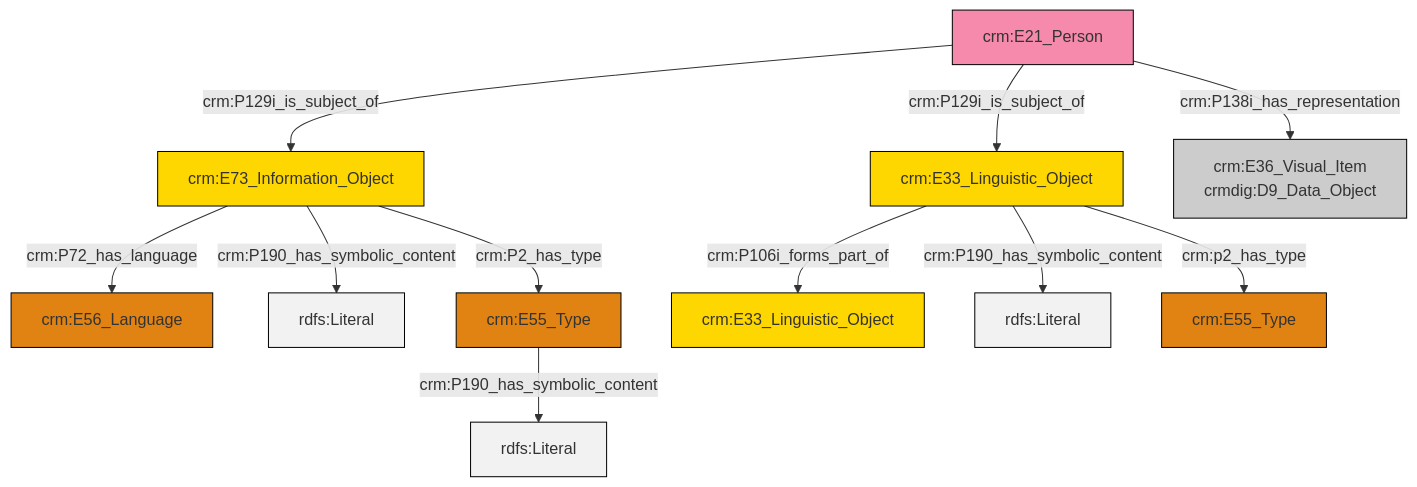
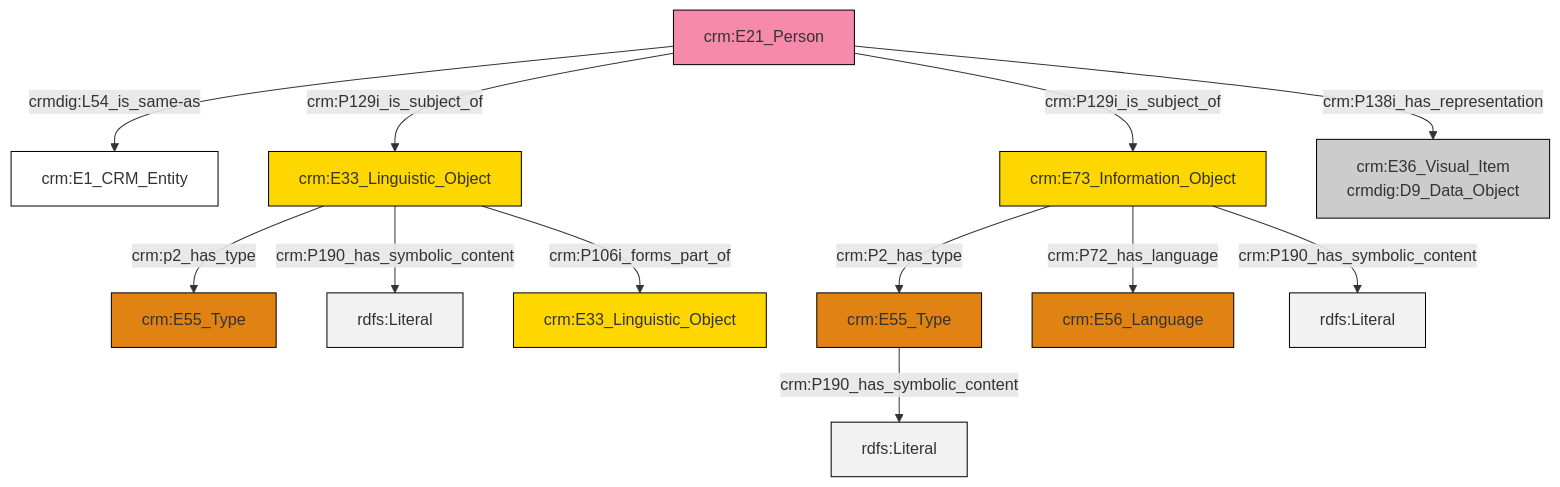
One commit to ncarboni/srdm changed the diagram in et/personCSV/ttl/mmd/Person_Documentation.ttl.mmd. Above: the diagram before and after it, drawn with Mermaid. The commit also changed 395 other files, not shown here.

```diff
--- a/et/personCSV/ttl/mmd/Person_Documentation.ttl.mmd
+++ b/et/personCSV/ttl/mmd/Person_Documentation.ttl.mmd
@@ -1,25 +1,26 @@
 graph TD
 classDef Literal fill:#f2f2f2,stroke:#000000;
 classDef CRM_Entity fill:#FFFFFF,stroke:#000000;
 classDef Temporal_Entity fill:#00C9E6, stroke:#000000;
 classDef Type fill:#E18312, stroke:#000000;
 classDef Time-Span fill:#2C9C91, stroke:#000000;
 classDef Appellation fill:#FFEB7F, stroke:#000000;
 classDef Place fill:#008836, stroke:#000000;
 classDef Persistent_Item fill:#B266B2, stroke:#000000;
 classDef Conceptual_Object fill:#FFD700, stroke:#000000;
 classDef Physical_Thing fill:#D2B48C, stroke:#000000;
 classDef Actor fill:#f58aad, stroke:#000000;
 classDef PC_Classes fill:#4ce600, stroke:#000000;
 classDef Multi fill:#cccccc,stroke:#000000;
 
-4["crm:E55_Type"]:::Type -->|crm:P190_has_symbolic_content| 5[rdfs:Literal]:::Literal
-9["crm:E21_Person"]:::Actor -->|crm:P129i_is_subject_of| 6["crm:E73_Information_Object"]:::Conceptual_Object
-10["crm:E33_Linguistic_Object"]:::Conceptual_Object -->|crm:P106i_forms_part_of| 2["crm:E33_Linguistic_Object"]:::Conceptual_Object
-6["crm:E73_Information_Object"]:::Conceptual_Object -->|crm:P72_has_language| 12["crm:E56_Language"]:::Type
-10["crm:E33_Linguistic_Object"]:::Conceptual_Object -->|crm:P190_has_symbolic_content| 13[rdfs:Literal]:::Literal
-9["crm:E21_Person"]:::Actor -->|crm:P129i_is_subject_of| 10["crm:E33_Linguistic_Object"]:::Conceptual_Object
-6["crm:E73_Information_Object"]:::Conceptual_Object -->|crm:P190_has_symbolic_content| 16[rdfs:Literal]:::Literal
-10["crm:E33_Linguistic_Object"]:::Conceptual_Object -->|crm:p2_has_type| 0["crm:E55_Type"]:::Type
-9["crm:E21_Person"]:::Actor -->|crm:P138i_has_representation| 14["crm:E36_Visual_Item<br>crmdig:D9_Data_Object"]:::Multi
-6["crm:E73_Information_Object"]:::Conceptual_Object -->|crm:P2_has_type| 4["crm:E55_Type"]:::Type
+2["crm:E33_Linguistic_Object"]:::Conceptual_Object -->|crm:p2_has_type| 3["crm:E55_Type"]:::Type
+4["crm:E21_Person"]:::Actor -->|crmdig:L54_is_same-as| 5["crm:E1_CRM_Entity"]:::CRM_Entity
+4["crm:E21_Person"]:::Actor -->|crm:P129i_is_subject_of| 2["crm:E33_Linguistic_Object"]:::Conceptual_Object
+2["crm:E33_Linguistic_Object"]:::Conceptual_Object -->|crm:P190_has_symbolic_content| 11[rdfs:Literal]:::Literal
+0["crm:E73_Information_Object"]:::Conceptual_Object -->|crm:P2_has_type| 13["crm:E55_Type"]:::Type
+13["crm:E55_Type"]:::Type -->|crm:P190_has_symbolic_content| 20[rdfs:Literal]:::Literal
+0["crm:E73_Information_Object"]:::Conceptual_Object -->|crm:P72_has_language| 6["crm:E56_Language"]:::Type
+4["crm:E21_Person"]:::Actor -->|crm:P129i_is_subject_of| 0["crm:E73_Information_Object"]:::Conceptual_Object
+0["crm:E73_Information_Object"]:::Conceptual_Object -->|crm:P190_has_symbolic_content| 22[rdfs:Literal]:::Literal
+2["crm:E33_Linguistic_Object"]:::Conceptual_Object -->|crm:P106i_forms_part_of| 8["crm:E33_Linguistic_Object"]:::Conceptual_Object
+4["crm:E21_Person"]:::Actor -->|crm:P138i_has_representation| 15["crm:E36_Visual_Item<br>crmdig:D9_Data_Object"]:::Multi
```
